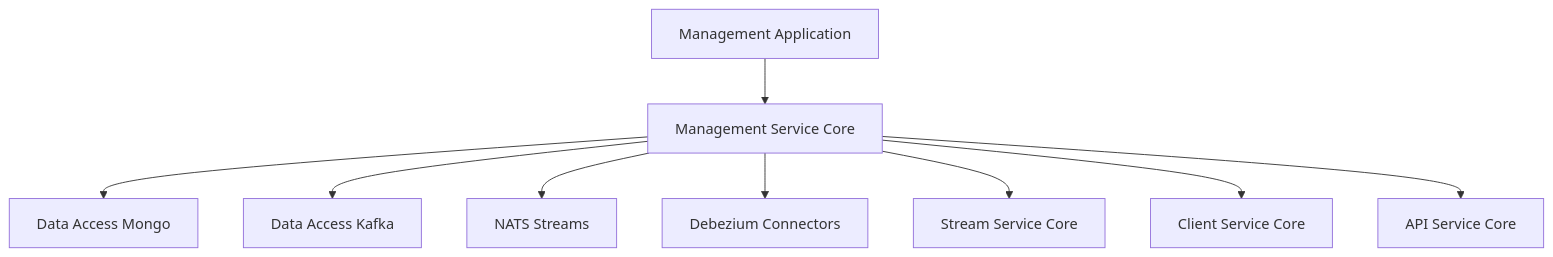
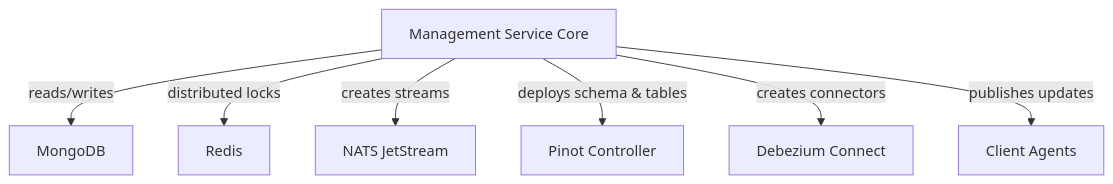
The diagram in docs/architecture/diagrams/management-service-core.mmd (Praesto-Pro/openframe-oss-tenant), drawn with Mermaid before and after one commit. The commit also changed 214 other files, not shown here.

```diff
--- a/docs/architecture/diagrams/management-service-core.mmd
+++ b/docs/architecture/diagrams/management-service-core.mmd
@@ -1,11 +1,15 @@
 flowchart TD
-    ManagementApp["Management Application"] --> MgmtCore["Management Service Core"]
+    Management["Management Service Core"]
+    Mongo["MongoDB"]
+    Redis["Redis"]
+    NATS["NATS JetStream"]
+    Pinot["Pinot Controller"]
+    Debezium["Debezium Connect"]
+    ClientAgents["Client Agents"]
 
-    MgmtCore --> Mongo["Data Access Mongo"]
-    MgmtCore --> Kafka["Data Access Kafka"]
-    MgmtCore --> Nats["NATS Streams"]
-    MgmtCore --> Debezium["Debezium Connectors"]
-
-    MgmtCore --> StreamCore["Stream Service Core"]
-    MgmtCore --> ClientCore["Client Service Core"]
-    MgmtCore --> ApiCore["API Service Core"]
+    Management -->|"reads/writes"| Mongo
+    Management -->|"distributed locks"| Redis
+    Management -->|"creates streams"| NATS
+    Management -->|"deploys schema & tables"| Pinot
+    Management -->|"creates connectors"| Debezium
+    Management -->|"publishes updates"| ClientAgents
```
